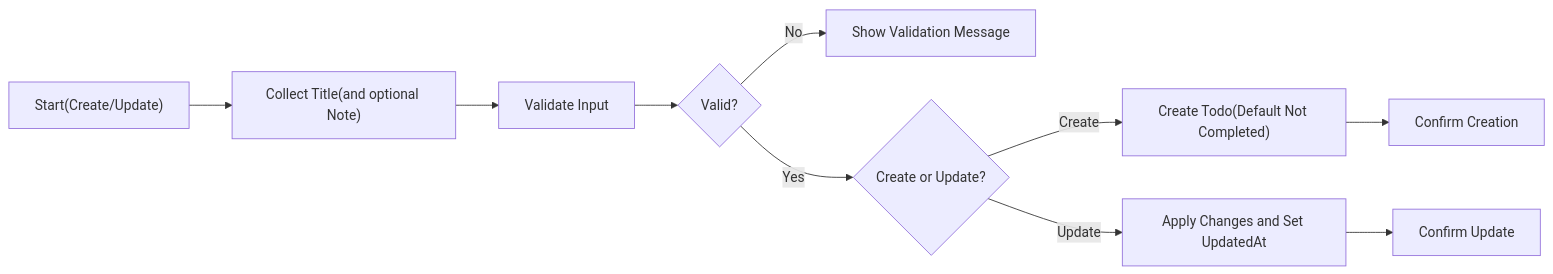
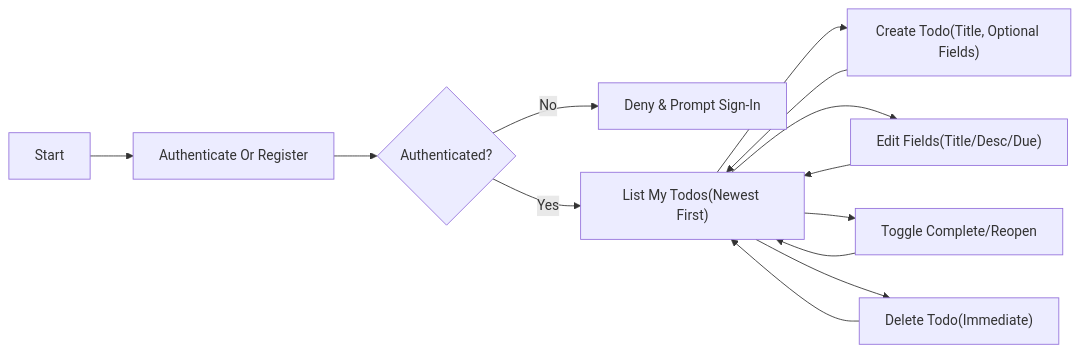
The first of 2 diagrams in openai/gpt-5/todo/docs/analysis/05-user-flows.md (wrtnlabs/autobe-examples), drawn with Mermaid before and after one commit. The commit also changed other lines of this file and 16146 other files, not shown here.

````diff
--- a/openai/gpt-5/todo/docs/analysis/05-user-flows.md
+++ b/openai/gpt-5/todo/docs/analysis/05-user-flows.md
@@ -185,12 +179,15 @@
 ```mermaid
 graph LR
-  A["Start(Create/Update)"] --> B["Collect Title(and optional Note)"]
-  B --> C["Validate Input"]
-  C --> D{"Valid?"}
-  D -->|"No"| E["Show Validation Message"]
-  D -->|"Yes"| F{"Create or Update?"}
-  F -->|"Create"| G["Create Todo(Default Not Completed)"]
-  F -->|"Update"| H["Apply Changes and Set UpdatedAt"]
-  G --> I["Confirm Creation"]
-  H --> J["Confirm Update"]
+  A["Start"] --> B["Authenticate Or Register"]
+  B --> C{"Authenticated?"}
+  C -->|"No"| D["Deny & Prompt Sign-In"]
+  C -->|"Yes"| E["List My Todos(Newest First)"]
+  E --> F["Create Todo(Title, Optional Fields)"]
+  E --> G["Edit Fields(Title/Desc/Due)"]
+  E --> H["Toggle Complete/Reopen"]
+  E --> I["Delete Todo(Immediate)"]
+  F --> E
+  G --> E
+  H --> E
+  I --> E
 ```
````
